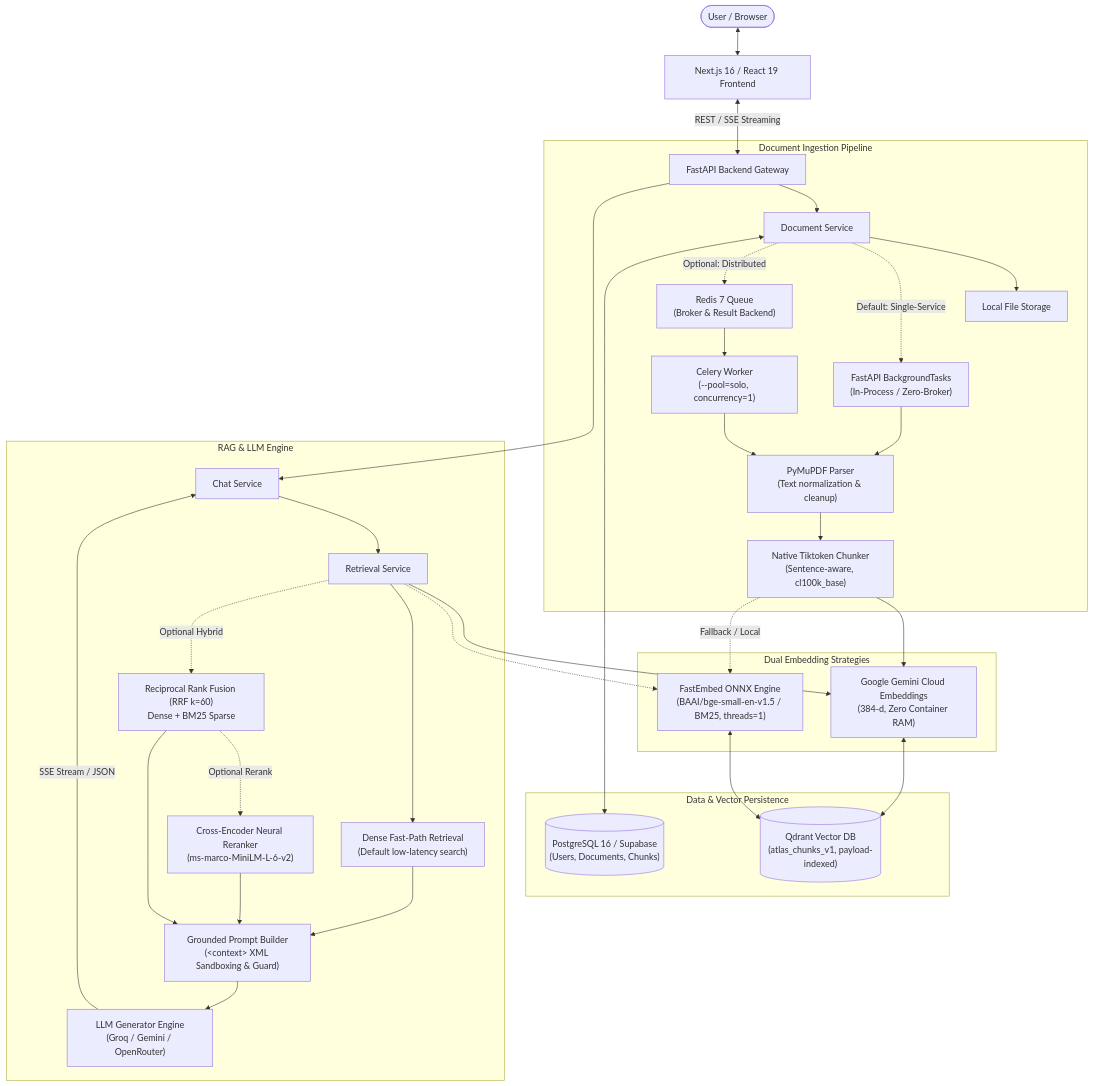
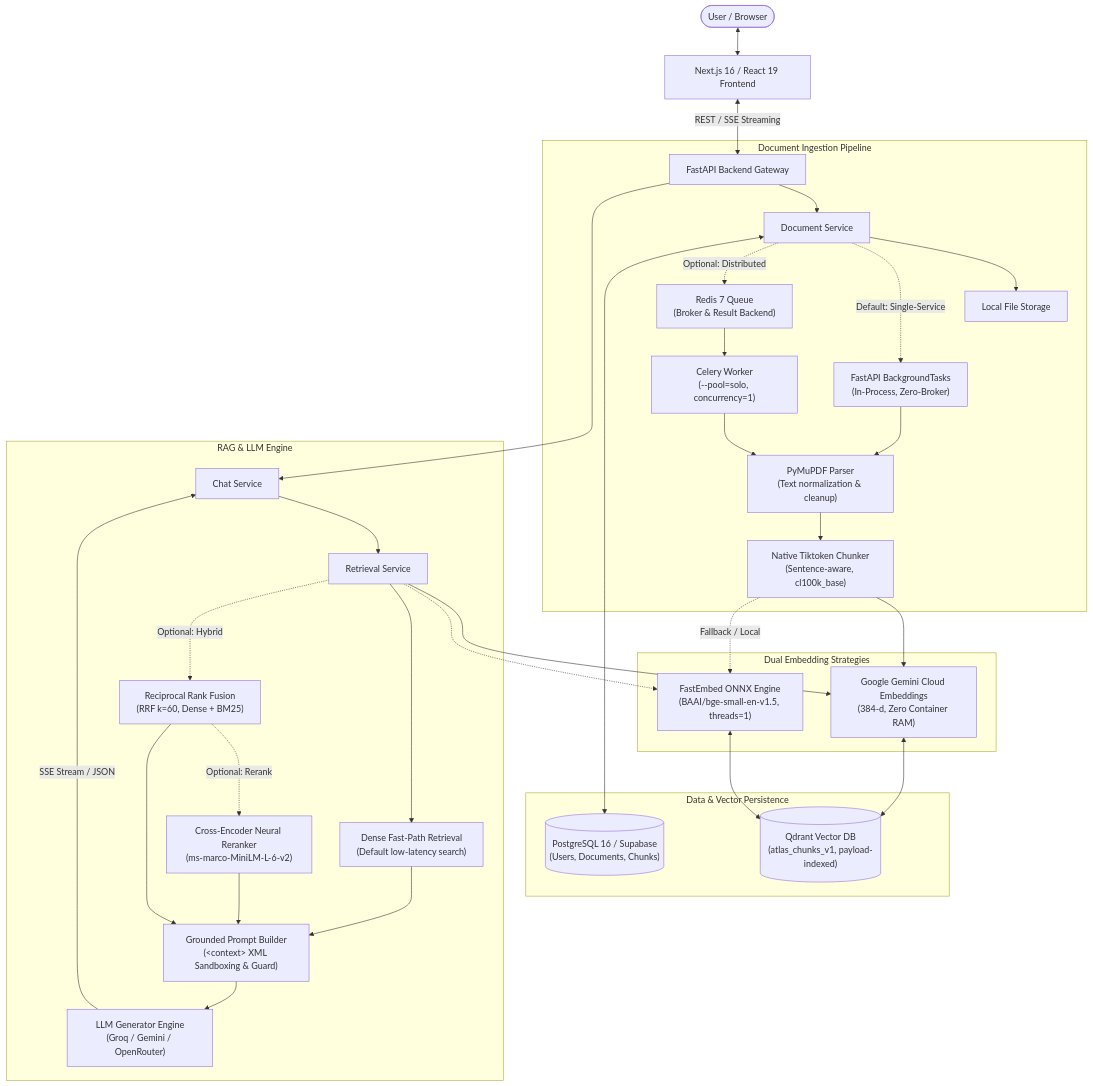
One commit to tianshen3/Atlas changed the diagram in README.md. Above: the diagram before and after it, drawn with Mermaid. The commit also changed other lines of this file, not shown here.

````diff
--- a/README.md
+++ b/README.md
@@ -27,48 +27,48 @@
 ```mermaid
 flowchart TD
-    User([User / Browser]) <--> Frontend[Next.js 16 / React 19 Frontend]
-    Frontend <-->|REST / SSE Streaming| API[FastAPI Backend Gateway]
+    User([User / Browser]) <--> Frontend["Next.js 16 / React 19 Frontend"]
+    Frontend <-->|"REST / SSE Streaming"| API["FastAPI Backend Gateway"]
 
     subgraph Ingestion["Document Ingestion Pipeline"]
-        API --> DocSvc[Document Service]
-        DocSvc --> Disk[Local File Storage]
+        API --> DocSvc["Document Service"]
+        DocSvc --> Disk["Local File Storage"]
         
-        DocSvc -.->|Default: Single-Service| BgTasks["FastAPI BackgroundTasks<br/>(In-Process / Zero-Broker)"]
-        DocSvc -.->|Optional: Distributed| RedisQueue["Redis 7 Queue<br/>(Broker & Result Backend)"]
+        DocSvc -.->|"Default: Single-Service"| BgTasks["FastAPI BackgroundTasks<br/>(In-Process, Zero-Broker)"]
+        DocSvc -.->|"Optional: Distributed"| RedisQueue["Redis 7 Queue<br/>(Broker & Result Backend)"]
         RedisQueue --> CeleryWorker["Celery Worker<br/>(--pool=solo, concurrency=1)"]
 
         BgTasks --> Parser["PyMuPDF Parser<br/>(Text normalization & cleanup)"]
         CeleryWorker --> Parser
         Parser --> Chunker["Native Tiktoken Chunker<br/>(Sentence-aware, cl100k_base)"]
     end
 
     subgraph Embeddings["Dual Embedding Strategies"]
         Chunker --> CloudEmbed["Google Gemini Cloud Embeddings<br/>(384-d, Zero Container RAM)"]
-        Chunker -.->|Fallback / Local| LocalEmbed["FastEmbed ONNX Engine<br/>(BAAI/bge-small-en-v1.5 / BM25, threads=1)"]
+        Chunker -.->|"Fallback / Local"| LocalEmbed["FastEmbed ONNX Engine<br/>(BAAI/bge-small-en-v1.5, threads=1)"]
     end
 
     subgraph Storage["Data & Vector Persistence"]
         DocSvc <--> Postgres[("PostgreSQL 16 / Supabase<br/>(Users, Documents, Chunks)")]
         CloudEmbed <--> VectorDB[("Qdrant Vector DB<br/>(atlas_chunks_v1, payload-indexed)")]
         LocalEmbed <--> VectorDB
     end
 
     subgraph QueryRAG["RAG & LLM Engine"]
-        API --> ChatSvc[Chat Service]
-        ChatSvc --> RetSvc[Retrieval Service]
+        API --> ChatSvc["Chat Service"]
+        ChatSvc --> RetSvc["Retrieval Service"]
         
         RetSvc --> CloudEmbed
         RetSvc -.-> LocalEmbed
 
         RetSvc --> FastPath["Dense Fast-Path Retrieval<br/>(Default low-latency search)"]
-        RetSvc -.->|Optional Hybrid| RRF["Reciprocal Rank Fusion (RRF k=60)<br/>Dense + BM25 Sparse"]
-        RRF -.->|Optional Rerank| Reranker["Cross-Encoder Neural Reranker<br/>(ms-marco-MiniLM-L-6-v2)"]
+        RetSvc -.->|"Optional: Hybrid"| RRF["Reciprocal Rank Fusion<br/>(RRF k=60, Dense + BM25)"]
+        RRF -.->|"Optional: Rerank"| Reranker["Cross-Encoder Neural Reranker<br/>(ms-marco-MiniLM-L-6-v2)"]
 
         FastPath --> Grounding["Grounded Prompt Builder<br/>(&lt;context&gt; XML Sandboxing & Guard)"]
         RRF --> Grounding
         Reranker --> Grounding
 
         Grounding --> LLMEngine["LLM Generator Engine<br/>(Groq / Gemini / OpenRouter)"]
-        LLMEngine -->|SSE Stream / JSON| ChatSvc
+        LLMEngine -->|"SSE Stream / JSON"| ChatSvc
     end
 ```
````
